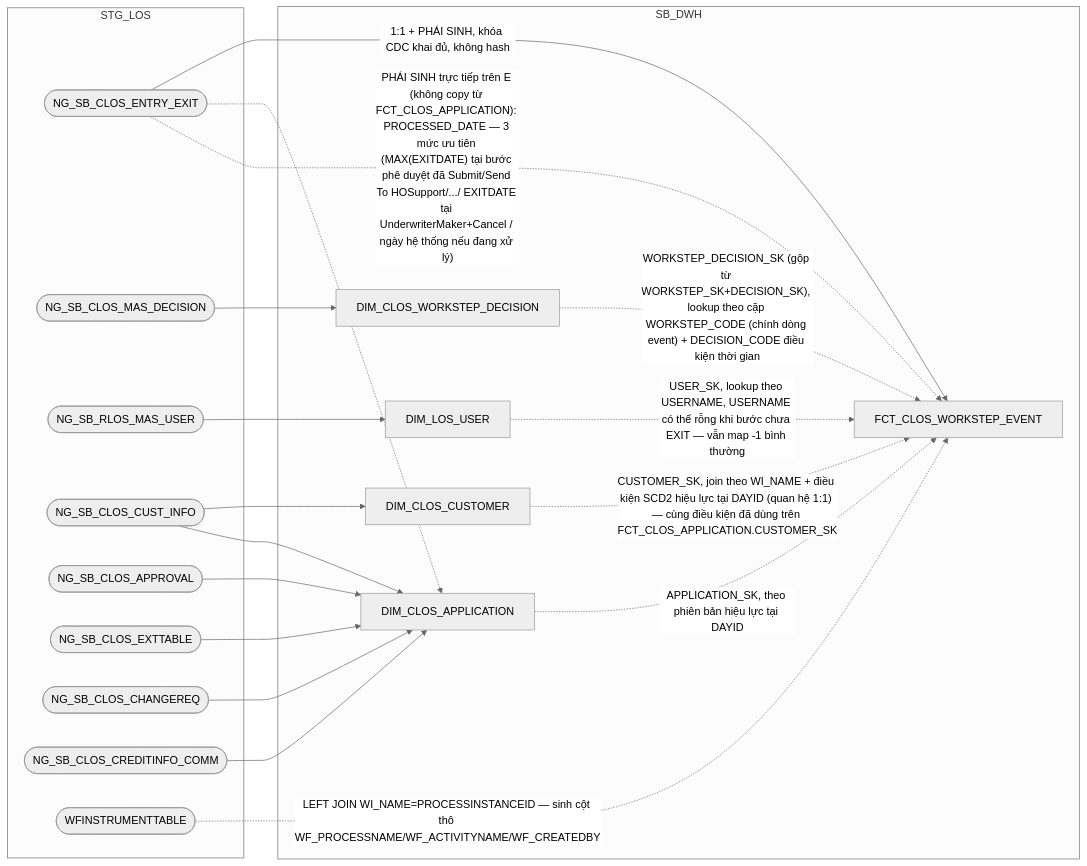
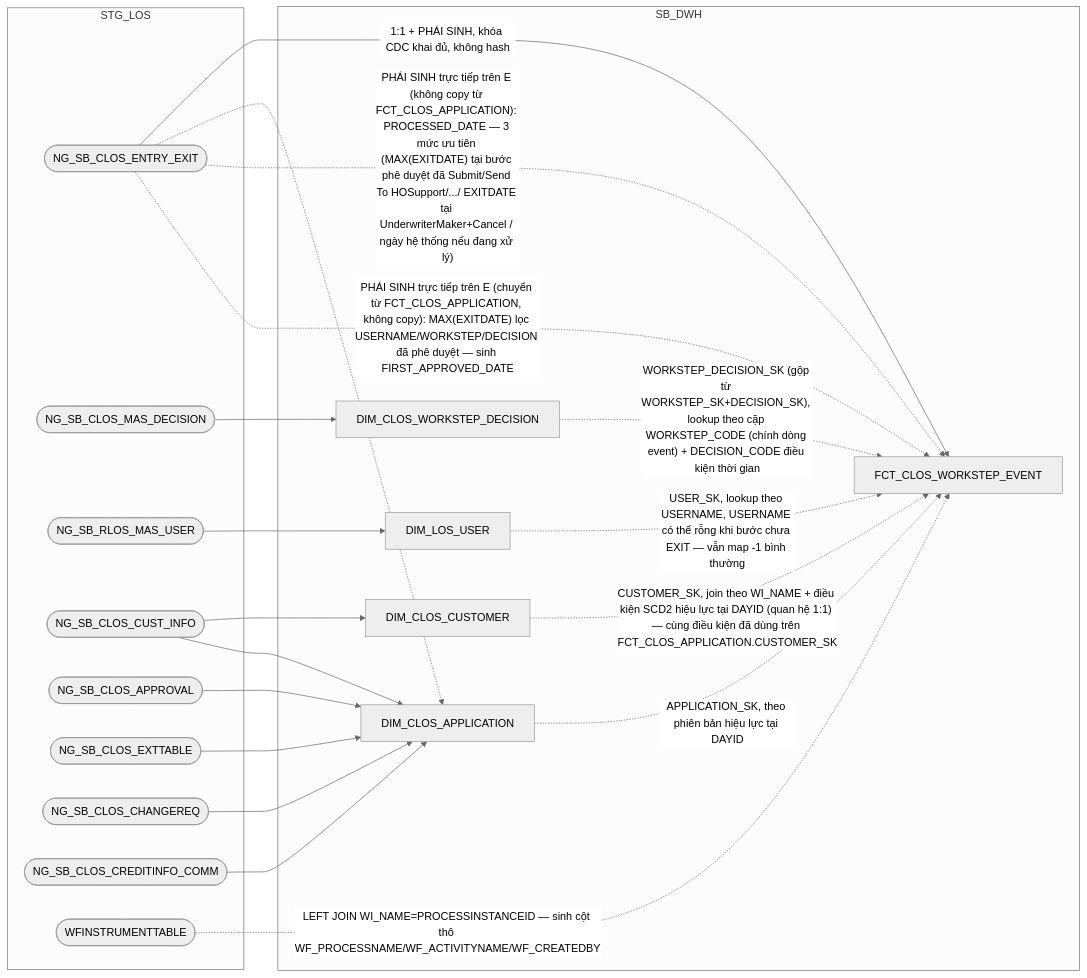
Before and after one commit to chien1198/sb-mapping-gen: the fifth of 14 diagrams in hld/hld_review/HLD_FCT_SB_DWH_review.md, drawn with Mermaid (neutral theme). The commit also changed other lines of this file and 124 other files, not shown here.

````diff
--- a/hld/hld_review/HLD_FCT_SB_DWH_review.md
+++ b/hld/hld_review/HLD_FCT_SB_DWH_review.md
@@ -359,37 +332,38 @@
 ```mermaid
 flowchart LR
     subgraph STG_LOS
         A(["NG_SB_CLOS_ENTRY_EXIT"])
         MW(["NG_SB_CLOS_MAS_DECISION"])
         U(["NG_SB_RLOS_MAS_USER"])
         H(["NG_SB_CLOS_CUST_INFO"])
         I(["NG_SB_CLOS_APPROVAL"])
         J(["NG_SB_CLOS_EXTTABLE"])
         K1(["NG_SB_CLOS_CHANGEREQ"])
         N(["NG_SB_CLOS_CREDITINFO_COMM"])
         WF(["WFINSTRUMENTTABLE"])
     end
     subgraph SB_DWH
         WD["DIM_CLOS_WORKSTEP_DECISION"]
         US["DIM_LOS_USER"]
         AP["DIM_CLOS_APPLICATION"]
         KC["DIM_CLOS_CUSTOMER"]
         E["FCT_CLOS_WORKSTEP_EVENT"]
     end
     A -->|1:1 + PHÁI SINH, khóa CDC khai đủ, không hash| E
     WD -.->|"WORKSTEP_DECISION_SK (gộp từ WORKSTEP_SK+DECISION_SK), lookup theo cặp WORKSTEP_CODE (chính dòng event) + DECISION_CODE điều kiện thời gian"| E
     US -.->|USER_SK, lookup theo USERNAME, USERNAME có thể rỗng khi bước chưa EXIT — vẫn map -1 bình thường| E
     AP -.->|APPLICATION_SK, theo phiên bản hiệu lực tại DAYID| E
     KC -.->|"CUSTOMER_SK, join theo WI_NAME + điều kiện SCD2 hiệu lực tại DAYID (quan hệ 1:1) — cùng điều kiện đã dùng trên FCT_CLOS_APPLICATION.CUSTOMER_SK"| E
     MW --> WD
     U --> US
     H --> KC
     H --> AP
     I --> AP
     J --> AP
     K1 --> AP
     A -.-> AP
     N --> AP
     A -.->|"PHÁI SINH trực tiếp trên E (không copy từ FCT_CLOS_APPLICATION): PROCESSED_DATE — 3 mức ưu tiên (MAX(EXITDATE) tại bước phê duyệt đã Submit/Send To HOSupport/.../ EXITDATE tại UnderwriterMaker+Cancel / ngày hệ thống nếu đang xử lý)"| E
     WF -.->|"LEFT JOIN WI_NAME=PROCESSINSTANCEID — sinh cột thô WF_PROCESSNAME/WF_ACTIVITYNAME/WF_CREATEDBY"| E
+    A -.->|"PHÁI SINH trực tiếp trên E (chuyển từ FCT_CLOS_APPLICATION, không copy): MAX(EXITDATE) lọc USERNAME/WORKSTEP/DECISION đã phê duyệt — sinh FIRST_APPROVED_DATE"| E
 ```
````
